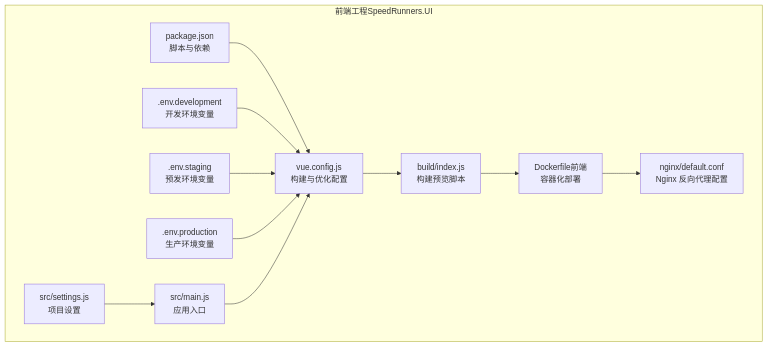
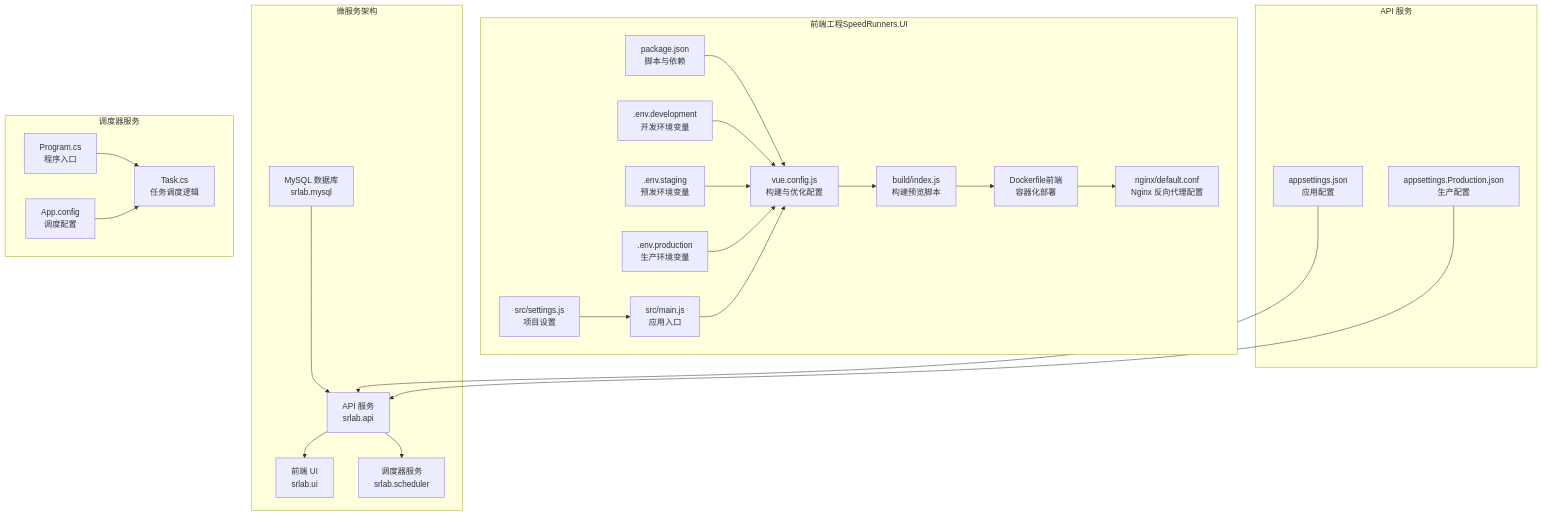
Before and after one commit to TinyMaD/SpeedRunnersLab: the first of 10 diagrams in .qoder/repowiki/zh/content/前端应用/构建部署/构建部署.md, drawn with Mermaid. The commit also changed other lines of this file and 9 other files, not shown here.

````diff
--- a/.qoder/repowiki/zh/content/前端应用/构建部署/构建部署.md
+++ b/.qoder/repowiki/zh/content/前端应用/构建部署/构建部署.md
@@ -47,24 +66,46 @@
 ```mermaid
 graph TB
+subgraph "微服务架构"
+MySQL["MySQL 数据库<br/>srlab.mysql"]
+API["API 服务<br/>srlab.api"]
+UI["前端 UI<br/>srlab.ui"]
+Scheduler["调度器服务<br/>srlab.scheduler"]
+end
 subgraph "前端工程SpeedRunners.UI"
 Pkg["package.json<br/>脚本与依赖"]
 Cfg["vue.config.js<br/>构建与优化配置"]
 EnvDev[".env.development<br/>开发环境变量"]
 EnvStage[".env.staging<br/>预发环境变量"]
 EnvProd[".env.production<br/>生产环境变量"]
 DockerF["Dockerfile前端<br/>容器化部署"]
 NginxCfg["nginx/default.conf<br/>Nginx 反向代理配置"]
 BuildIdx["build/index.js<br/>构建预览脚本"]
 SrcMain["src/main.js<br/>应用入口"]
 Settings["src/settings.js<br/>项目设置"]
 end
+subgraph "API 服务"
+APIApp["appsettings.json<br/>应用配置"]
+APIProd["appsettings.Production.json<br/>生产配置"]
+end
+subgraph "调度器服务"
+SchedulerProg["Program.cs<br/>程序入口"]
+SchedulerTask["Task.cs<br/>任务调度逻辑"]
+SchedulerCfg["App.config<br/>调度配置"]
+end
+MySQL --> API
+API --> UI
+API --> Scheduler
 Pkg --> Cfg
 EnvDev --> Cfg
 EnvStage --> Cfg
 EnvProd --> Cfg
 Cfg --> BuildIdx
 BuildIdx --> DockerF
 DockerF --> NginxCfg
 SrcMain --> Cfg
 Settings --> SrcMain
+APIApp --> API
+APIProd --> API
+SchedulerProg --> SchedulerTask
+SchedulerCfg --> SchedulerTask
 ```
````
